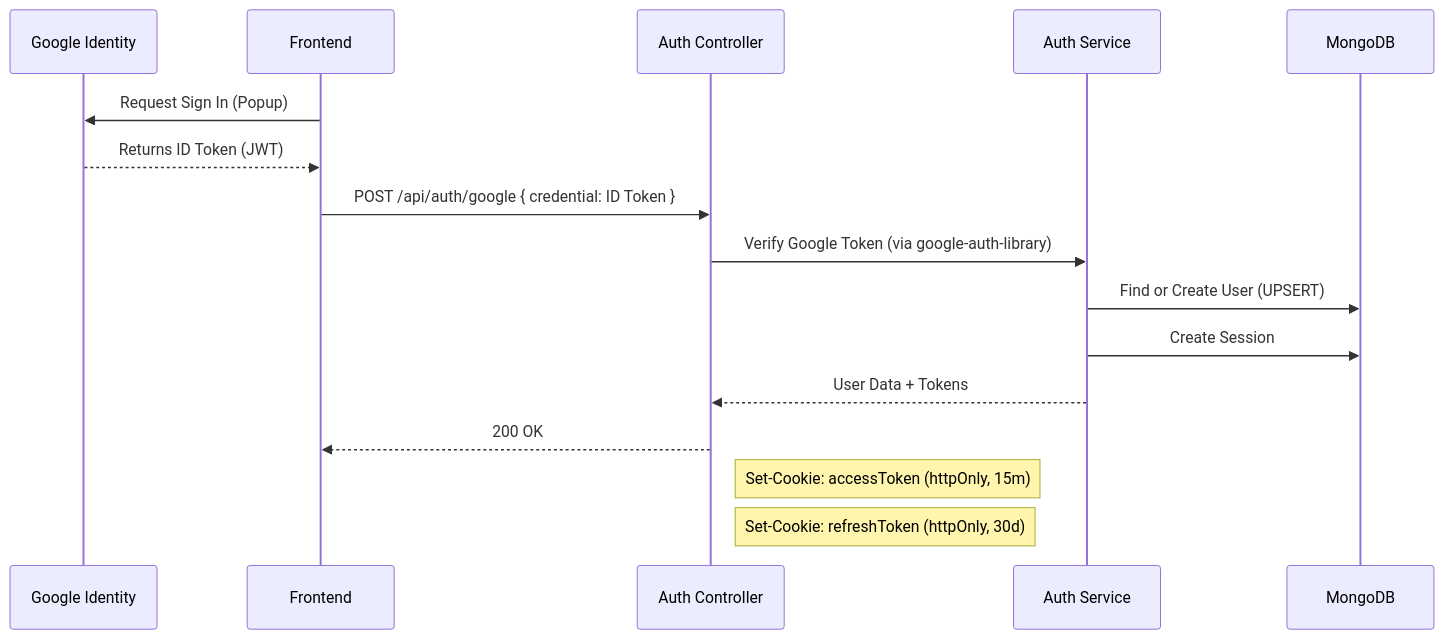
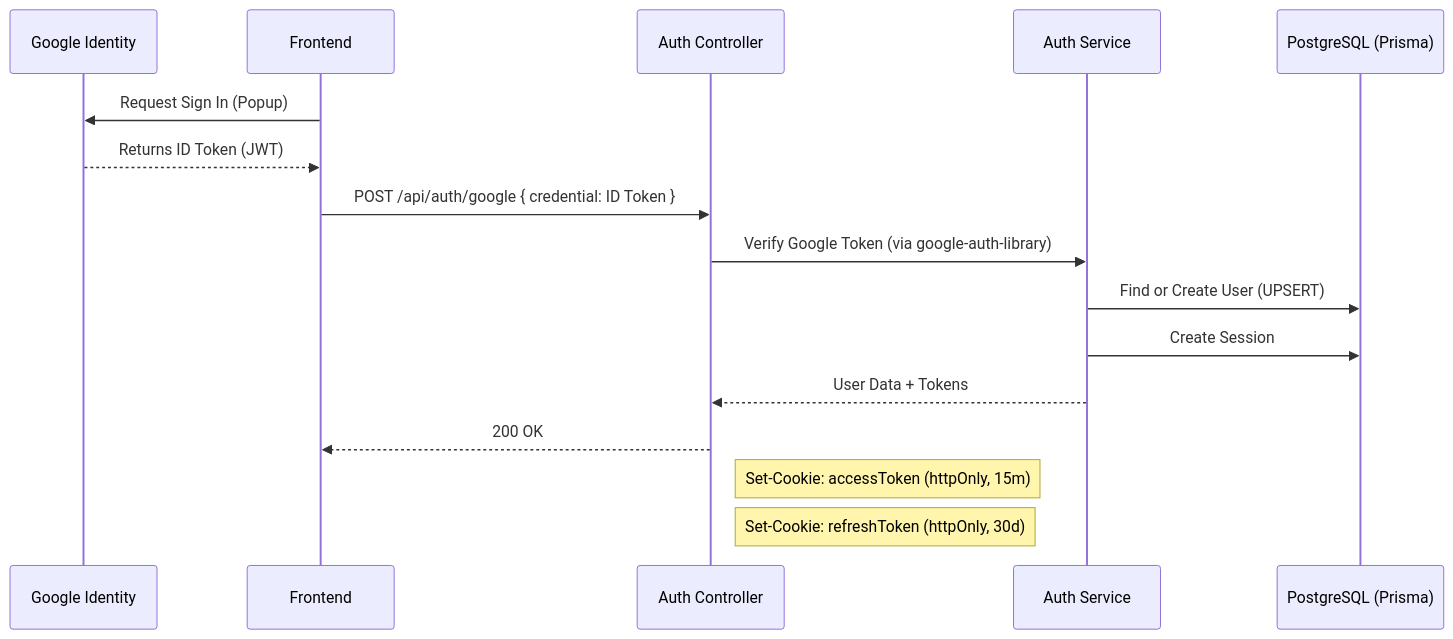
The second of 2 diagrams in docs/AUTH_FEATURE.md (EricNguyen1206/turbo-chat), drawn with Mermaid before and after one commit. The commit also changed other lines of this file and 42 other files, not shown here.

````diff
--- a/docs/AUTH_FEATURE.md
+++ b/docs/AUTH_FEATURE.md
@@ -42,21 +42,21 @@
 ```mermaid
 sequenceDiagram
     participant Google as Google Identity
     participant Client as Frontend
     participant API as Auth Controller
     participant Service as Auth Service
-    participant DB as MongoDB
+    participant DB as PostgreSQL (Prisma)
 
     Client->>Google: Request Sign In (Popup)
     Google-->>Client: Returns ID Token (JWT)
     
     Client->>API: POST /api/auth/google { credential: ID Token }
     API->>Service: Verify Google Token (via google-auth-library)
     Service->>DB: Find or Create User (UPSERT)
     Service->>DB: Create Session
     Service-->>API: User Data + Tokens
     
     API-->>Client: 200 OK
     Note right of API: Set-Cookie: accessToken (httpOnly, 15m)
     Note right of API: Set-Cookie: refreshToken (httpOnly, 30d)
 ```
````
